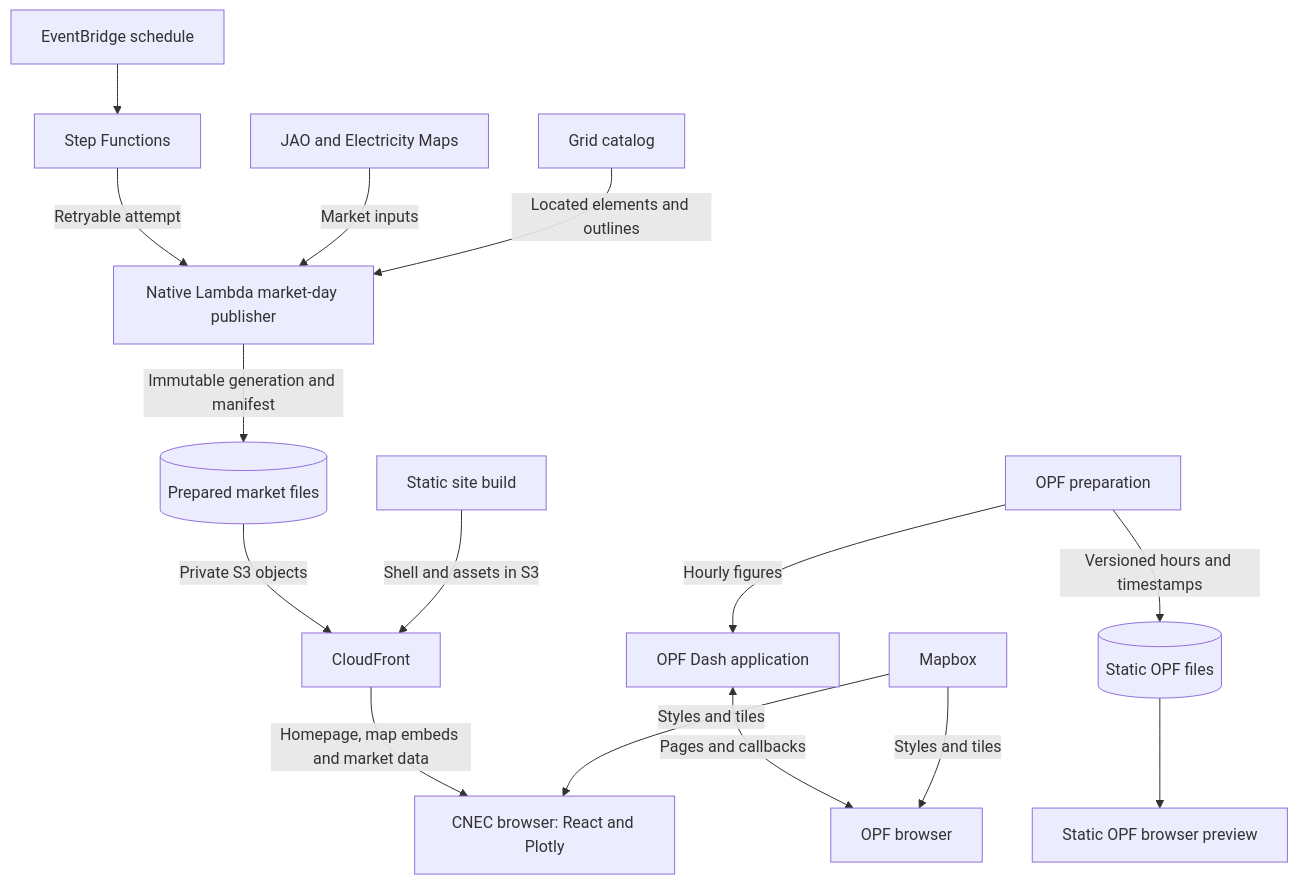
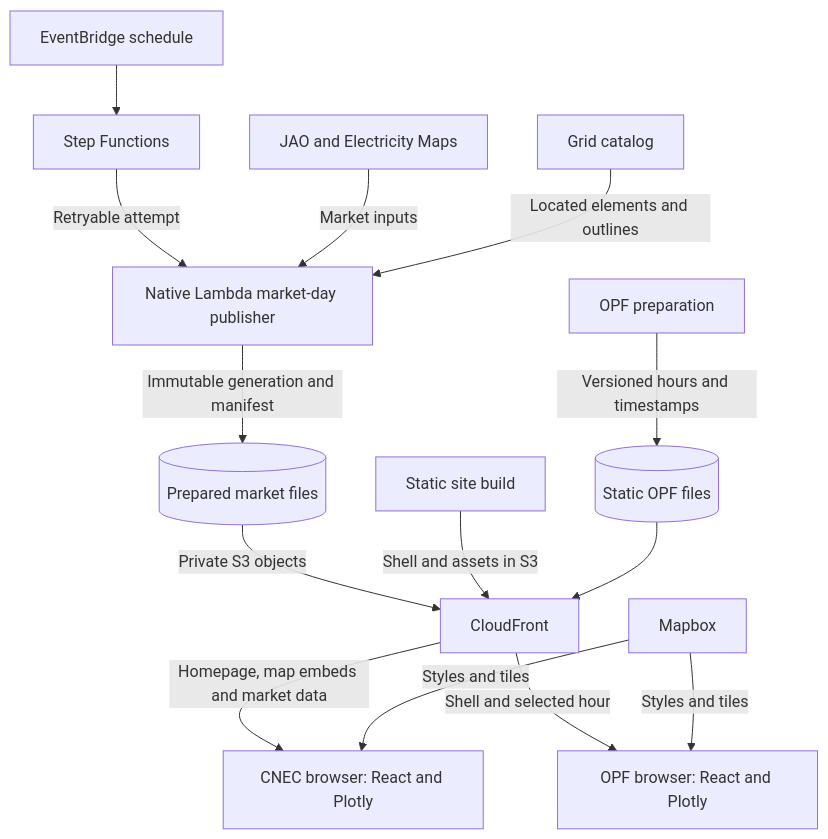
One commit to zoltanmaric/coppersushi changed the diagram in README.md. Above: the diagram before and after it, drawn with Mermaid. The commit also changed other lines of this file and 19 other files, not shown here.

````diff
--- a/README.md
+++ b/README.md
@@ -40,21 +40,20 @@
 ```mermaid
 flowchart TB
     schedule["EventBridge schedule"] --> workflow["Step Functions"]
     workflow -->|Retryable attempt| publication
     market["JAO and Electricity Maps"] -->|Market inputs| publication["Native Lambda market-day publisher"]
     catalog["Grid catalog"] -->|Located elements and outlines| publication
     publication -->|Immutable generation and manifest| prepared[("Prepared market files")]
     prepared -->|Private S3 objects| edge["CloudFront"]
     build["Static site build"] -->|Shell and assets in S3| edge
     edge -->|Homepage, map embeds and market data| browser["CNEC browser: React and Plotly"]
-    opf["OPF preparation"] -->|Hourly figures| server["OPF Dash application"]
-    server <-->|Pages and callbacks| opfbrowser["OPF browser"]
-    opf -->|Versioned hours and timestamps| opffiles[("Static OPF files")]
-    opffiles --> staticopf["Static OPF browser preview"]
+    opf["OPF preparation"] -->|Versioned hours and timestamps| opffiles[("Static OPF files")]
+    opffiles --> edge
+    edge -->|Shell and selected hour| opfbrowser["OPF browser: React and Plotly"]
     maps["Mapbox"] -->|Styles and tiles| browser
     maps -->|Styles and tiles| opfbrowser
     click catalog "https://github.com/zoltanmaric/coppersushi/blob/main/coppersushi/grid_catalog/README.md" "Grid catalog"
     click opf "https://github.com/zoltanmaric/coppersushi/blob/main/coppersushi/opf/README.md" "OPF"
     click publication "https://github.com/zoltanmaric/coppersushi/blob/main/coppersushi/publication/README.md" "Publication"
     click browser "https://github.com/zoltanmaric/coppersushi/blob/main/frontend/README.md" "CNEC browser"
 ```
````
